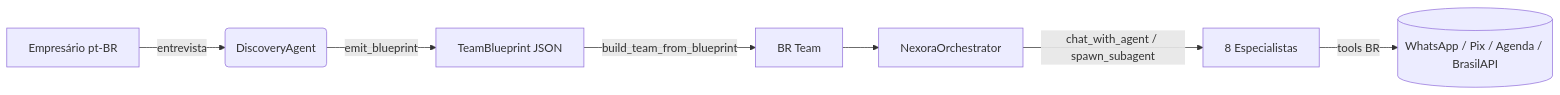
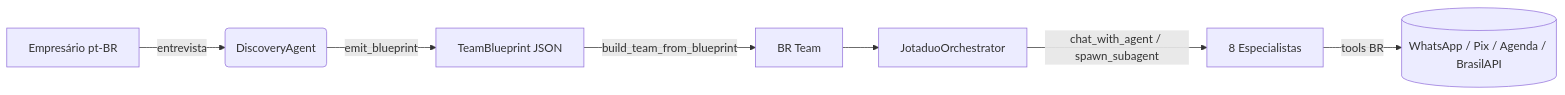
Before and after one commit to lb08111/nexora-ai-platform: the diagram in docs/br-team-guide.md, drawn with Mermaid. The commit also changed other lines of this file and 1997 other files, not shown here.

First line of the commit message:
refactor: rebrand qwenpaw/nexora to jotaduo

````diff
--- a/docs/br-team-guide.md
+++ b/docs/br-team-guide.md
@@ -21,9 +21,9 @@
 ```mermaid
 flowchart LR
     A[Empresário pt-BR] -->|entrevista| B(DiscoveryAgent)
     B -->|emit_blueprint| C[TeamBlueprint JSON]
     C -->|build_team_from_blueprint| D[BR Team]
-    D --> E[NexoraOrchestrator]
+    D --> E[JotaduoOrchestrator]
     E -->|chat_with_agent / spawn_subagent| F[8 Especialistas]
     F -->|tools BR| G[(WhatsApp / Pix / Agenda / BrasilAPI)]
 ```
````
